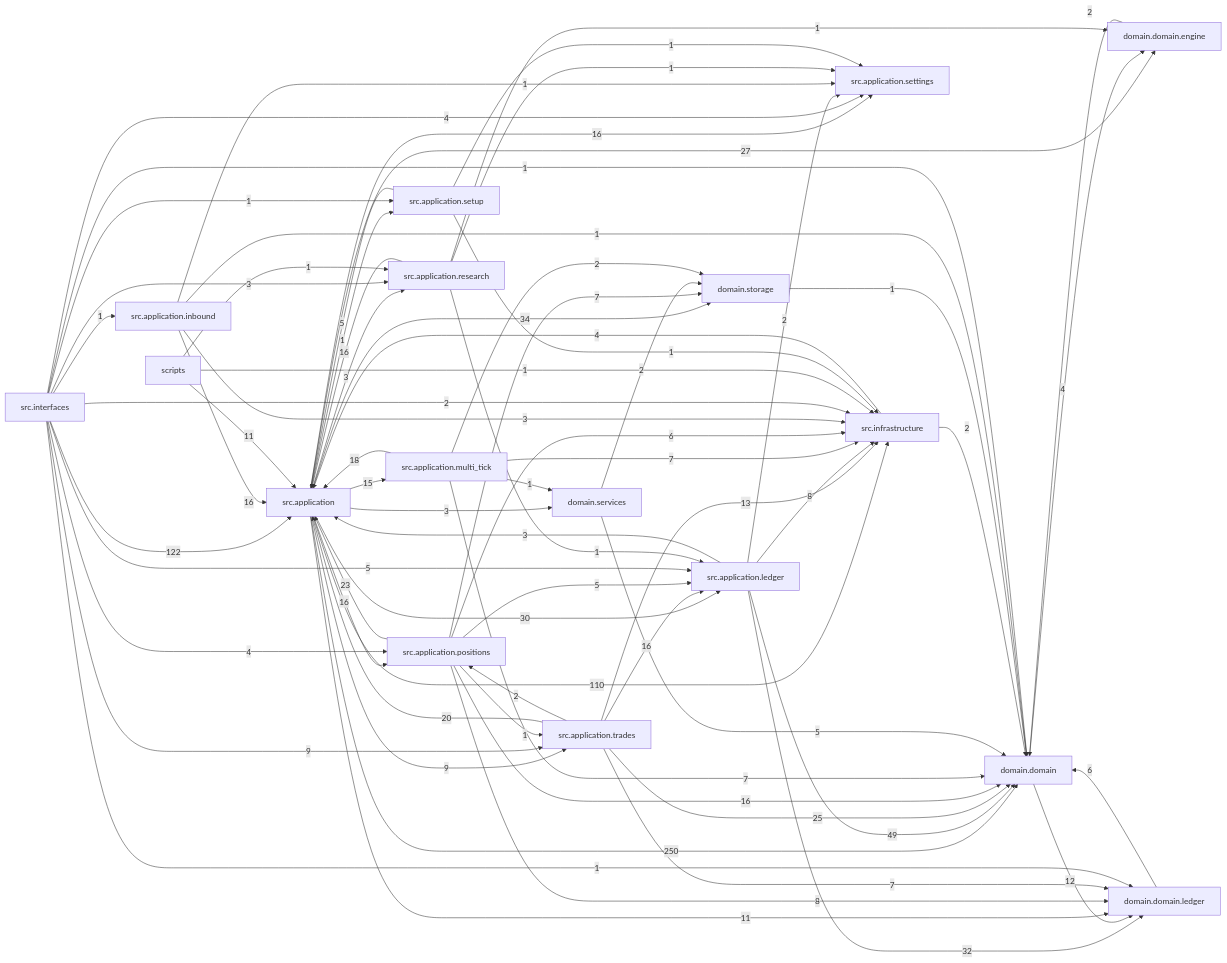
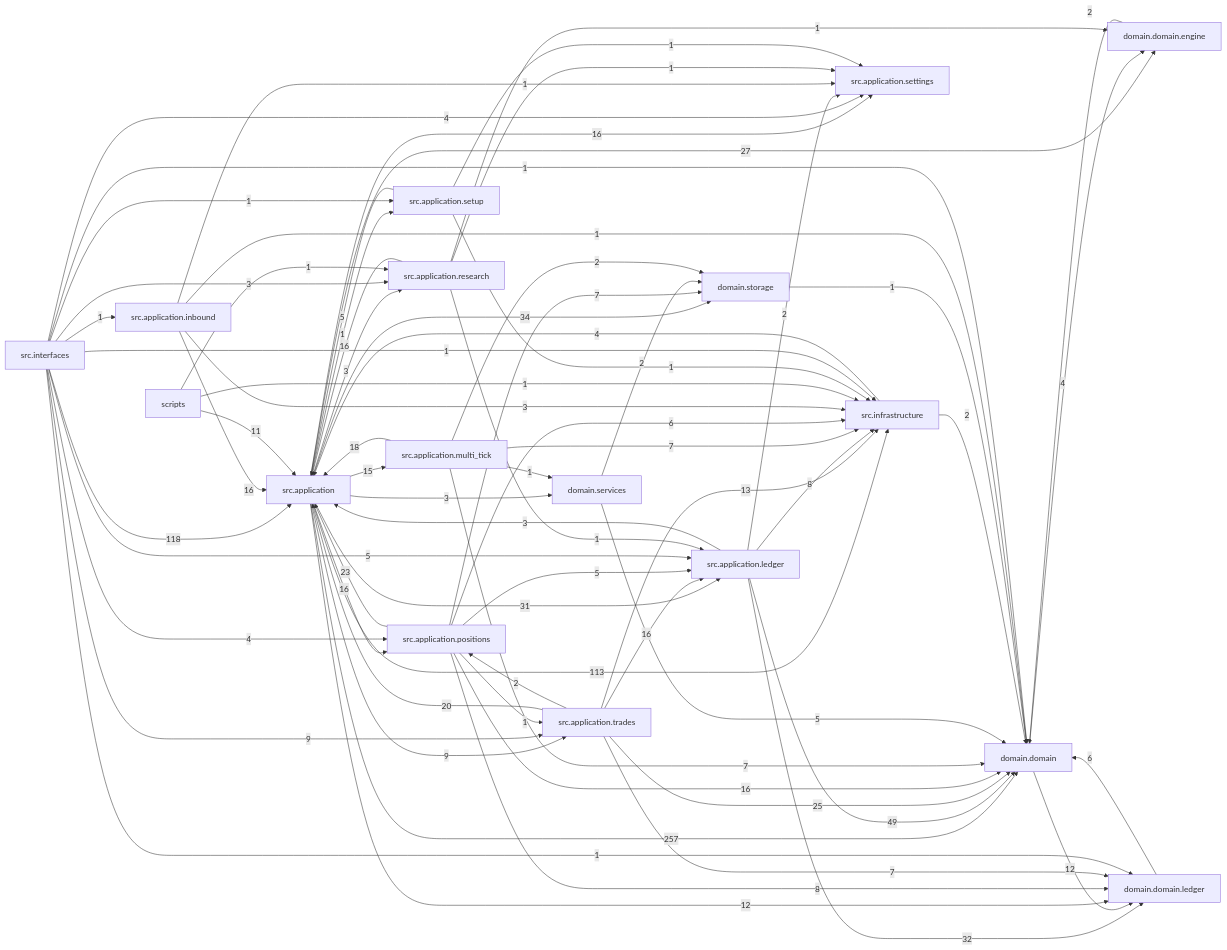
Before and after one commit to liuxie066/options-monitor: the diagram in docs/dependency_graph.mmd, drawn with Mermaid. The commit also changed 7 other files, not shown here.

```diff
--- a/docs/dependency_graph.mmd
+++ b/docs/dependency_graph.mmd
@@ -1,71 +1,71 @@
 flowchart LR
-  src_application["src.application"] -->|250| domain_domain["domain.domain"]
-  src_interfaces["src.interfaces"] -->|122| src_application["src.application"]
-  src_application["src.application"] -->|110| src_infrastructure["src.infrastructure"]
+  src_application["src.application"] -->|257| domain_domain["domain.domain"]
+  src_interfaces["src.interfaces"] -->|118| src_application["src.application"]
+  src_application["src.application"] -->|113| src_infrastructure["src.infrastructure"]
   src_application_ledger["src.application.ledger"] -->|49| domain_domain["domain.domain"]
   src_application["src.application"] -->|34| domain_storage["domain.storage"]
   src_application_ledger["src.application.ledger"] -->|32| domain_domain_ledger["domain.domain.ledger"]
-  src_application["src.application"] -->|30| src_application_ledger["src.application.ledger"]
+  src_application["src.application"] -->|31| src_application_ledger["src.application.ledger"]
   src_application["src.application"] -->|27| domain_domain_engine["domain.domain.engine"]
   src_application_trades["src.application.trades"] -->|25| domain_domain["domain.domain"]
   src_application_positions["src.application.positions"] -->|23| src_application["src.application"]
   src_application_trades["src.application.trades"] -->|20| src_application["src.application"]
   src_application_multi_tick["src.application.multi_tick"] -->|18| src_application["src.application"]
   src_application["src.application"] -->|16| src_application_positions["src.application.positions"]
   src_application["src.application"] -->|16| src_application_settings["src.application.settings"]
   src_application_inbound["src.application.inbound"] -->|16| src_application["src.application"]
   src_application_positions["src.application.positions"] -->|16| domain_domain["domain.domain"]
   src_application_research["src.application.research"] -->|16| src_application["src.application"]
   src_application_trades["src.application.trades"] -->|16| src_application_ledger["src.application.ledger"]
   src_application["src.application"] -->|15| src_application_multi_tick["src.application.multi_tick"]
   src_application_trades["src.application.trades"] -->|13| src_infrastructure["src.infrastructure"]
   domain_domain["domain.domain"] -->|12| domain_domain_ledger["domain.domain.ledger"]
+  src_application["src.application"] -->|12| domain_domain_ledger["domain.domain.ledger"]
   scripts["scripts"] -->|11| src_application["src.application"]
-  src_application["src.application"] -->|11| domain_domain_ledger["domain.domain.ledger"]
   src_application["src.application"] -->|9| src_application_trades["src.application.trades"]
   src_interfaces["src.interfaces"] -->|9| src_application_trades["src.application.trades"]
   src_application_ledger["src.application.ledger"] -->|8| src_infrastructure["src.infrastructure"]
   src_application_positions["src.application.positions"] -->|8| domain_domain_ledger["domain.domain.ledger"]
   src_application_multi_tick["src.application.multi_tick"] -->|7| domain_domain["domain.domain"]
   src_application_multi_tick["src.application.multi_tick"] -->|7| src_infrastructure["src.infrastructure"]
   src_application_positions["src.application.positions"] -->|7| domain_storage["domain.storage"]
   src_application_trades["src.application.trades"] -->|7| domain_domain_ledger["domain.domain.ledger"]
   domain_domain_ledger["domain.domain.ledger"] -->|6| domain_domain["domain.domain"]
   src_application_positions["src.application.positions"] -->|6| src_infrastructure["src.infrastructure"]
   domain_services["domain.services"] -->|5| domain_domain["domain.domain"]
   src_application_positions["src.application.positions"] -->|5| src_application_ledger["src.application.ledger"]
   src_application_setup["src.application.setup"] -->|5| src_application["src.application"]
   src_interfaces["src.interfaces"] -->|5| src_application_ledger["src.application.ledger"]
   domain_domain["domain.domain"] -->|4| domain_domain_engine["domain.domain.engine"]
   src_infrastructure["src.infrastructure"] -->|4| src_application["src.application"]
   src_interfaces["src.interfaces"] -->|4| src_application_positions["src.application.positions"]
   src_interfaces["src.interfaces"] -->|4| src_application_settings["src.application.settings"]
   src_application["src.application"] -->|3| domain_services["domain.services"]
   src_application["src.application"] -->|3| src_application_research["src.application.research"]
   src_application_inbound["src.application.inbound"] -->|3| src_infrastructure["src.infrastructure"]
   src_application_ledger["src.application.ledger"] -->|3| src_application["src.application"]
   src_interfaces["src.interfaces"] -->|3| src_application_research["src.application.research"]
   domain_domain_engine["domain.domain.engine"] -->|2| domain_domain["domain.domain"]
   domain_services["domain.services"] -->|2| domain_storage["domain.storage"]
   src_application_ledger["src.application.ledger"] -->|2| src_application_settings["src.application.settings"]
   src_application_multi_tick["src.application.multi_tick"] -->|2| domain_storage["domain.storage"]
   src_application_trades["src.application.trades"] -->|2| src_application_positions["src.application.positions"]
   src_infrastructure["src.infrastructure"] -->|2| domain_domain["domain.domain"]
-  src_interfaces["src.interfaces"] -->|2| src_infrastructure["src.infrastructure"]
   domain_storage["domain.storage"] -->|1| domain_domain["domain.domain"]
   scripts["scripts"] -->|1| src_application_research["src.application.research"]
   scripts["scripts"] -->|1| src_infrastructure["src.infrastructure"]
   src_application["src.application"] -->|1| src_application_setup["src.application.setup"]
   src_application_inbound["src.application.inbound"] -->|1| domain_domain["domain.domain"]
   src_application_inbound["src.application.inbound"] -->|1| src_application_settings["src.application.settings"]
   src_application_multi_tick["src.application.multi_tick"] -->|1| domain_services["domain.services"]
   src_application_positions["src.application.positions"] -->|1| src_application_trades["src.application.trades"]
   src_application_research["src.application.research"] -->|1| domain_domain_engine["domain.domain.engine"]
   src_application_research["src.application.research"] -->|1| src_application_ledger["src.application.ledger"]
   src_application_research["src.application.research"] -->|1| src_application_settings["src.application.settings"]
   src_application_setup["src.application.setup"] -->|1| src_application_settings["src.application.settings"]
   src_application_setup["src.application.setup"] -->|1| src_infrastructure["src.infrastructure"]
   src_interfaces["src.interfaces"] -->|1| domain_domain["domain.domain"]
   src_interfaces["src.interfaces"] -->|1| domain_domain_ledger["domain.domain.ledger"]
   src_interfaces["src.interfaces"] -->|1| src_application_inbound["src.application.inbound"]
   src_interfaces["src.interfaces"] -->|1| src_application_setup["src.application.setup"]
+  src_interfaces["src.interfaces"] -->|1| src_infrastructure["src.infrastructure"]
```
